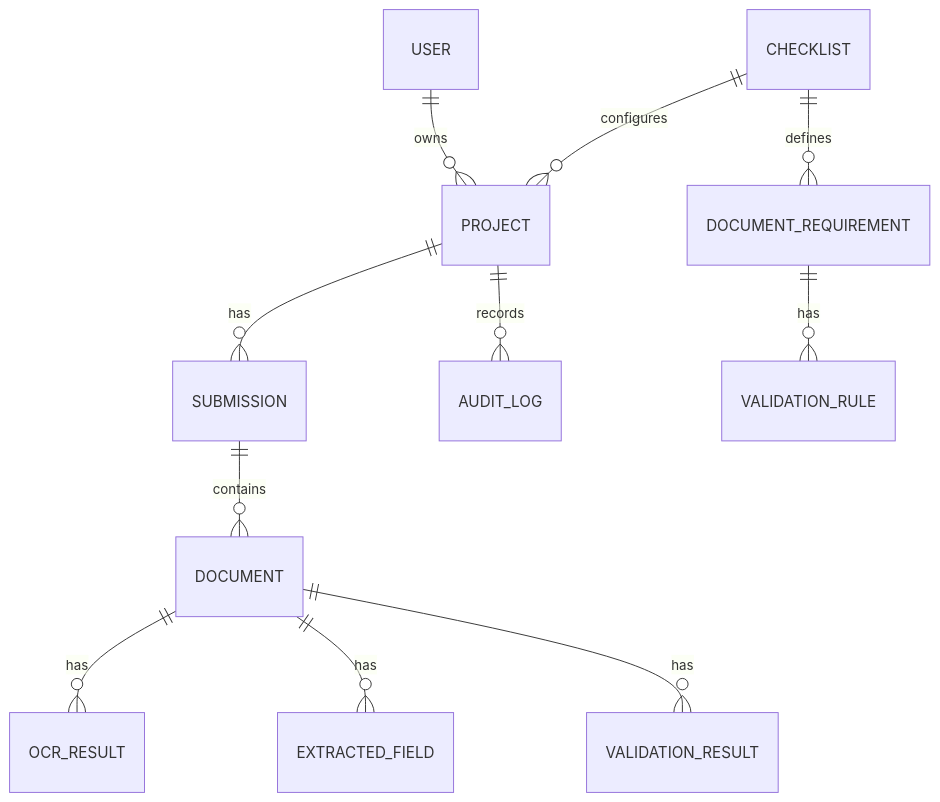
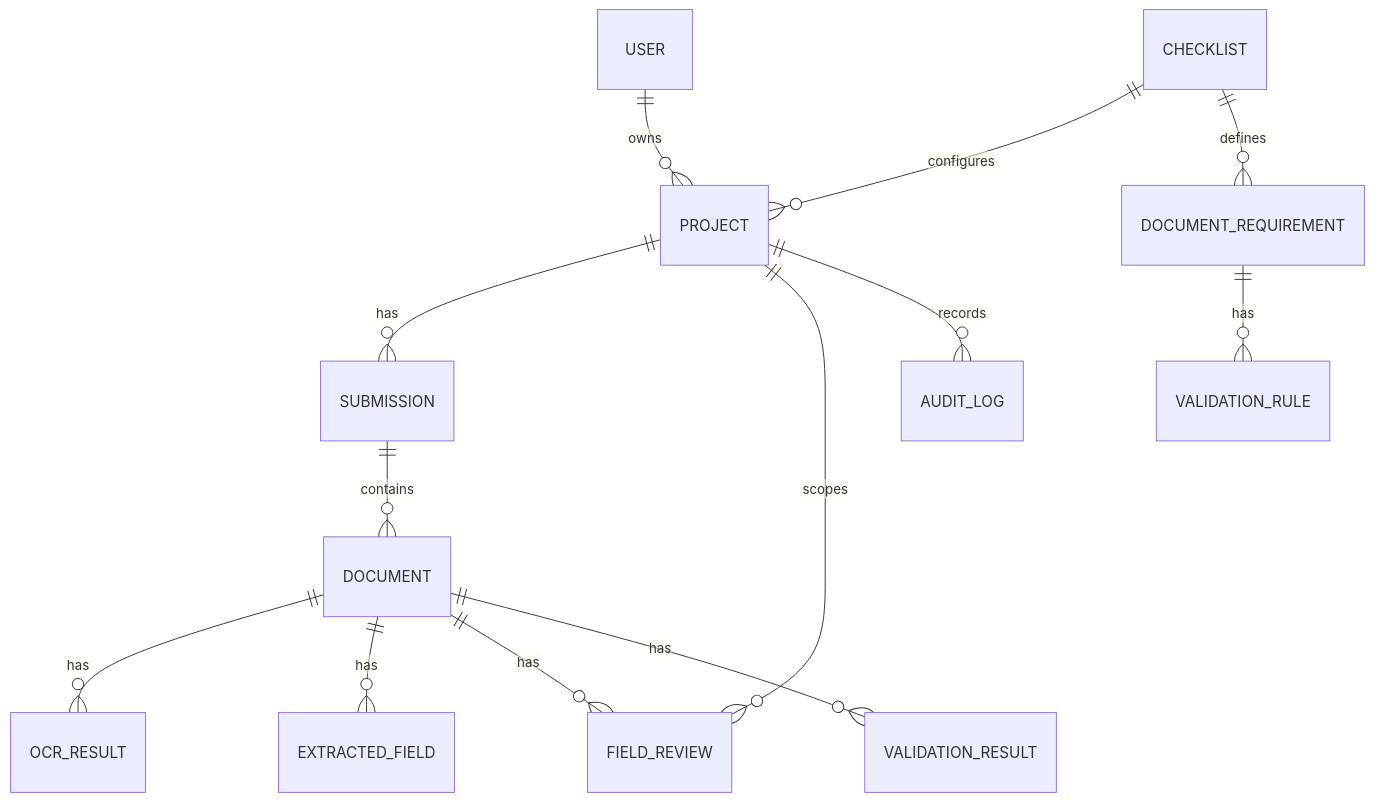
Before and after one commit to khabibro/ADVS: the diagram in docs/architecture/DATA_MODEL.md, drawn with Mermaid. The commit also changed other lines of this file and 22 other files, not shown here.

````diff
--- a/docs/architecture/DATA_MODEL.md
+++ b/docs/architecture/DATA_MODEL.md
@@ -14,13 +21,15 @@
 ```mermaid
 erDiagram
   USER ||--o{ PROJECT : owns
   CHECKLIST ||--o{ PROJECT : configures
   PROJECT ||--o{ SUBMISSION : has
   CHECKLIST ||--o{ DOCUMENT_REQUIREMENT : defines
   DOCUMENT_REQUIREMENT ||--o{ VALIDATION_RULE : has
   SUBMISSION ||--o{ DOCUMENT : contains
   DOCUMENT ||--o{ OCR_RESULT : has
   DOCUMENT ||--o{ EXTRACTED_FIELD : has
+  DOCUMENT ||--o{ FIELD_REVIEW : has
+  PROJECT ||--o{ FIELD_REVIEW : scopes
   DOCUMENT ||--o{ VALIDATION_RESULT : has
   PROJECT ||--o{ AUDIT_LOG : records
 ```
````
